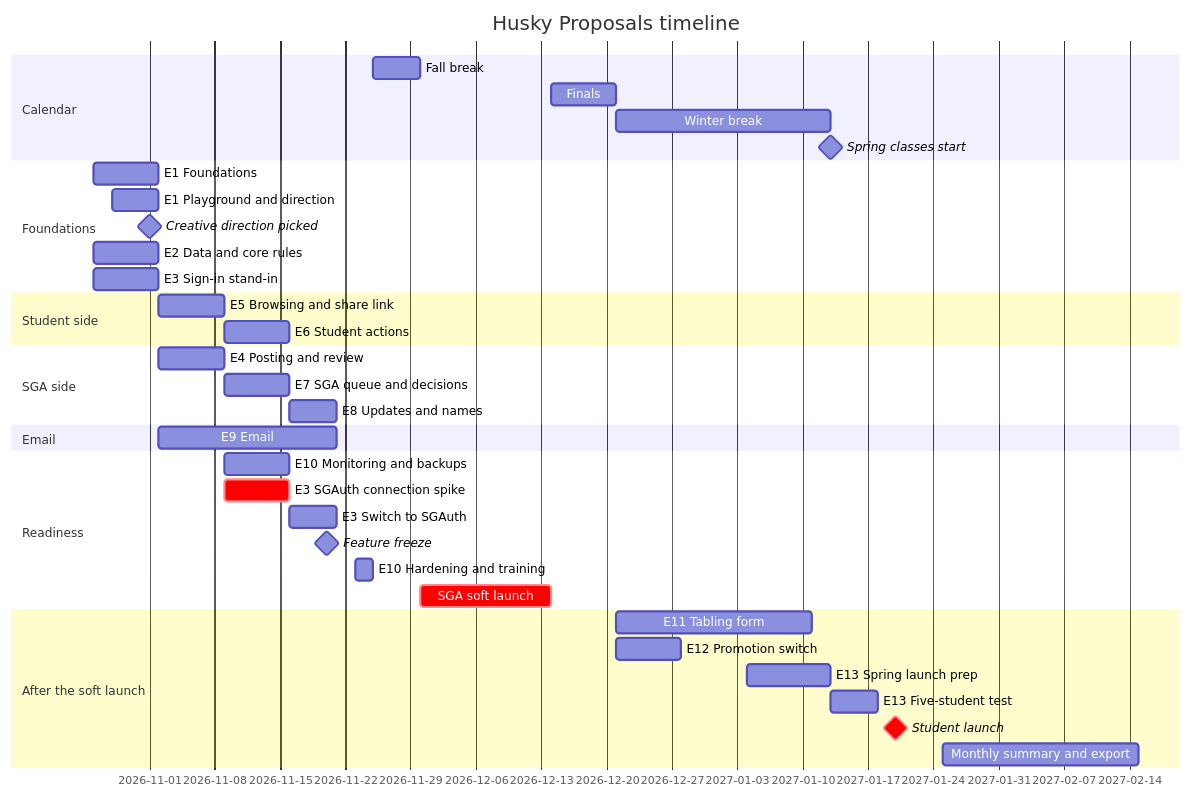
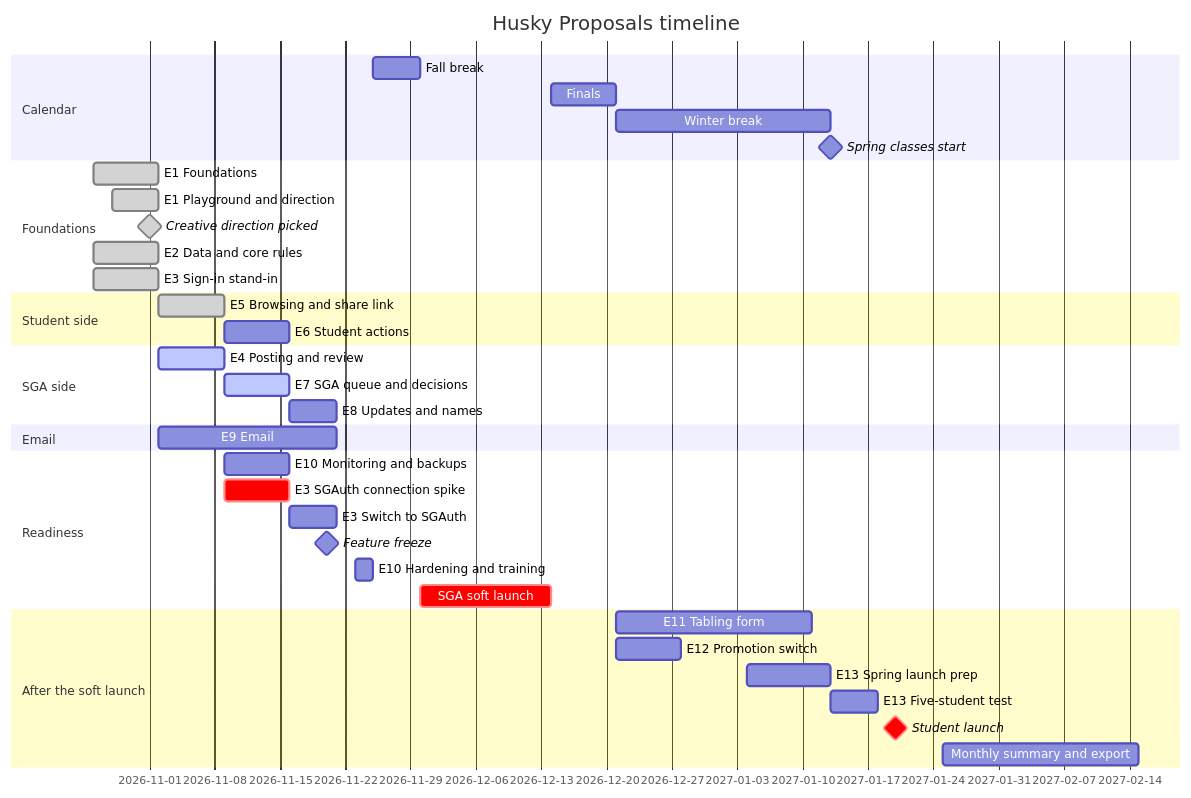
The diagram in docs/timeline.md (SGAOperationalAffairs/husky-proposals), drawn with Mermaid before and after one commit. The commit also changed other lines of this file and 1 other file, not shown here.

Commit message:
#22 Docs batch: timeline status (#164)

````diff
--- a/docs/timeline.md
+++ b/docs/timeline.md
@@ -17,39 +17,39 @@
 ```mermaid
 gantt
     title Husky Proposals timeline
     dateFormat YYYY-MM-DD
     section Calendar
     Fall break                    :2026-11-25, 5d
     Finals                        :2026-12-14, 7d
     Winter break                  :2026-12-21, 23d
     Spring classes start          :milestone, 2027-01-13, 0d
     section Foundations
-    E1 Foundations                :e1, 2026-10-26, 7d
-    E1 Playground and direction   :e1p, 2026-10-28, 5d
-    Creative direction picked     :milestone, 2026-11-01, 0d
-    E2 Data and core rules        :e2, 2026-10-26, 7d
-    E3 Sign-in stand-in           :e3a, 2026-10-26, 7d
+    E1 Foundations                :done, e1, 2026-10-26, 7d
+    E1 Playground and direction   :done, e1p, 2026-10-28, 5d
+    Creative direction picked     :milestone, done, 2026-11-01, 0d
+    E2 Data and core rules        :done, e2, 2026-10-26, 7d
+    E3 Sign-in stand-in           :done, e3a, 2026-10-26, 7d
     section Student side
-    E5 Browsing and share link    :e5, 2026-11-02, 7d
+    E5 Browsing and share link    :done, e5, 2026-11-02, 7d
     E6 Student actions            :e6, 2026-11-09, 7d
     section SGA side
-    E4 Posting and review         :e4, 2026-11-02, 7d
-    E7 SGA queue and decisions    :e7, 2026-11-09, 7d
+    E4 Posting and review         :active, e4, 2026-11-02, 7d
+    E7 SGA queue and decisions    :active, e7, 2026-11-09, 7d
     E8 Updates and names          :e8, 2026-11-16, 5d
     section Email
     E9 Email                      :e9, 2026-11-02, 19d
     section Readiness
     E10 Monitoring and backups    :e10a, 2026-11-09, 7d
     E3 SGAuth connection spike    :crit, e3s, 2026-11-09, 7d
     E3 Switch to SGAuth           :e3b, 2026-11-16, 5d
     Feature freeze                :milestone, 2026-11-20, 0d
     E10 Hardening and training    :e10c, 2026-11-23, 2d
     SGA soft launch               :crit, soft, 2026-11-30, 14d
     section After the soft launch
     E11 Tabling form              :e11, 2026-12-21, 21d
     E12 Promotion switch          :e12, 2026-12-21, 7d
     E13 Spring launch prep        :e13, 2027-01-04, 9d
     E13 Five-student test         :e13t, 2027-01-13, 5d
     Student launch                :milestone, crit, 2027-01-20, 0d
     Monthly summary and export    :2027-01-25, 21d
 ```
````
